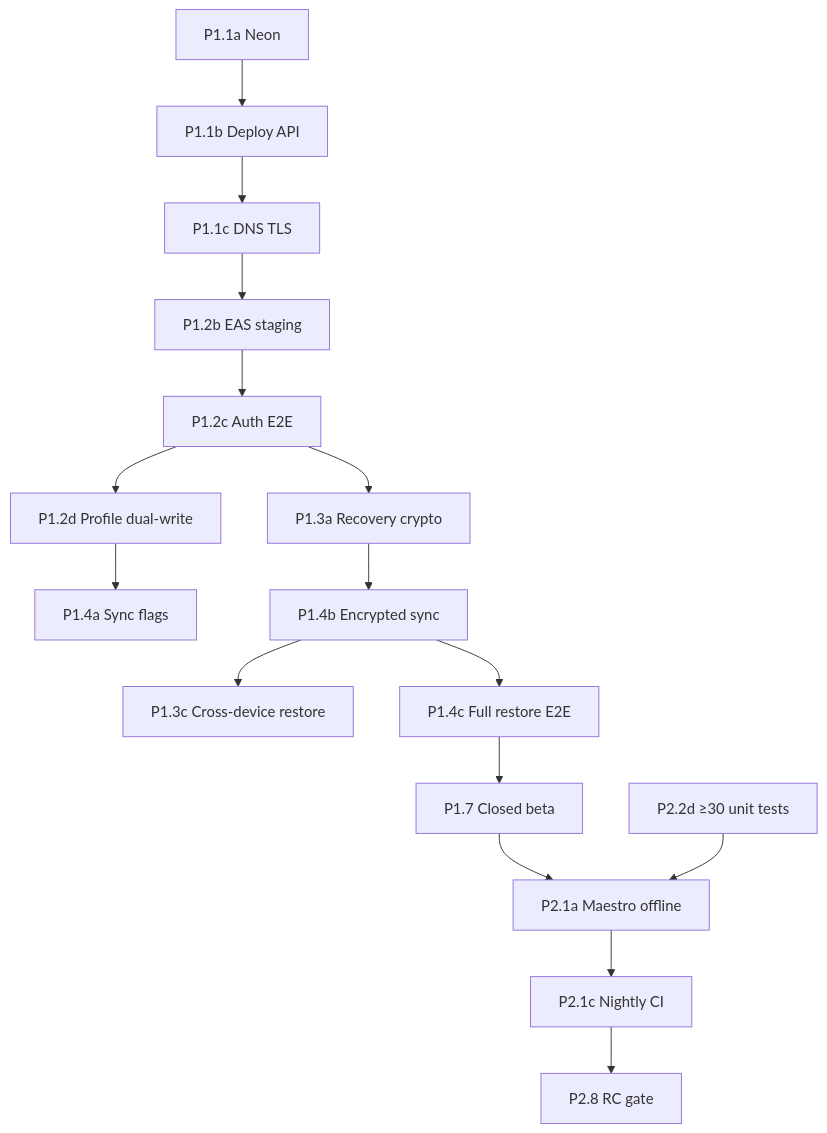
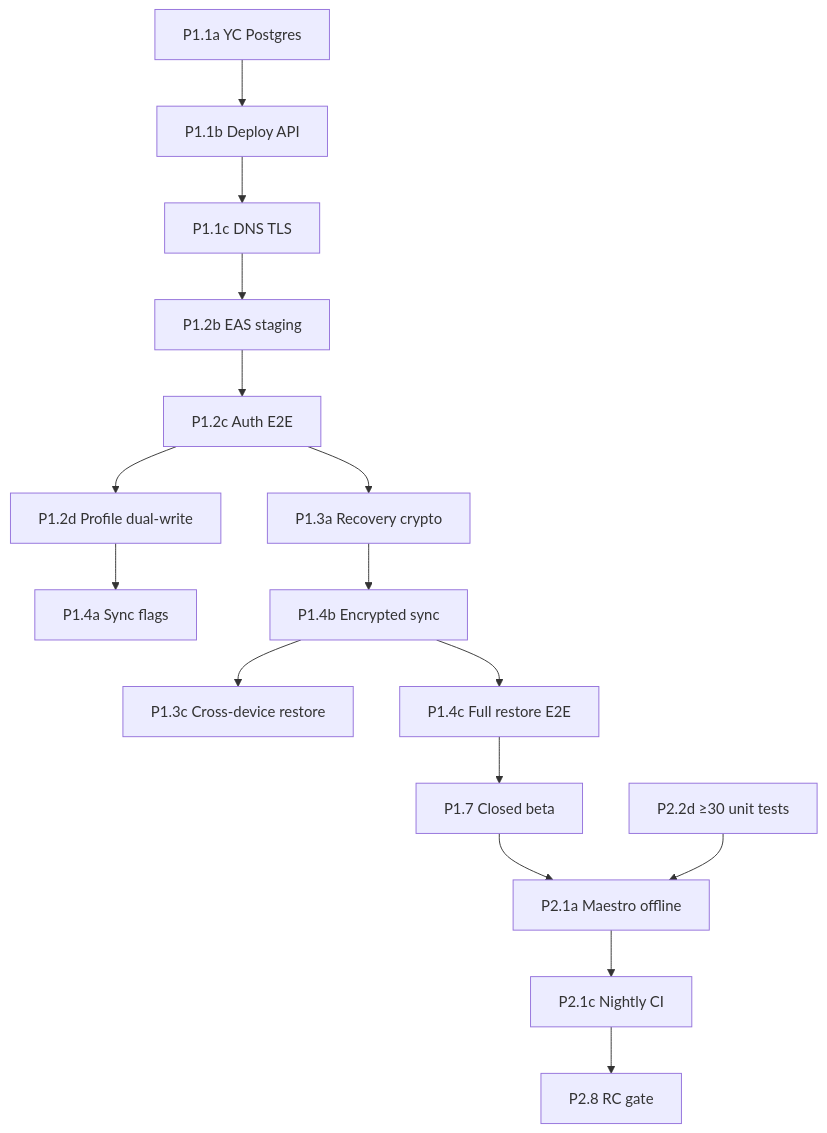
The diagram in docs/phase1-phase2-issues.md (zuevfoton-art/AllerGuide), drawn with Mermaid before and after one commit. The commit also changed other lines of this file and 23 other files, not shown here.

First line of the commit message:
chore: remove Neon; staging Postgres is Yandex Cloud Managed

````diff
--- a/docs/phase1-phase2-issues.md
+++ b/docs/phase1-phase2-issues.md
@@ -35,18 +35,18 @@
 ```mermaid
 flowchart TD
-  P11a[P1.1a Neon] --> P11b[P1.1b Deploy API]
+  P11a[P1.1a YC Postgres] --> P11b[P1.1b Deploy API]
   P11b --> P11c[P1.1c DNS TLS]
   P11c --> P12b[P1.2b EAS staging]
   P12b --> P12c[P1.2c Auth E2E]
   P12c --> P12d[P1.2d Profile dual-write]
   P12c --> P13a[P1.3a Recovery crypto]
   P12d --> P14a[P1.4a Sync flags]
   P13a --> P14b[P1.4b Encrypted sync]
   P14b --> P13c[P1.3c Cross-device restore]
   P14b --> P14c[P1.4c Full restore E2E]
   P14c --> P17[P1.7 Closed beta]
   P17 --> P21a[P2.1a Maestro offline]
   P22d[P2.2d ≥30 unit tests] --> P21a
   P21a --> P21c[P2.1c Nightly CI]
   P21c --> P28[P2.8 RC gate]
 ```
````
